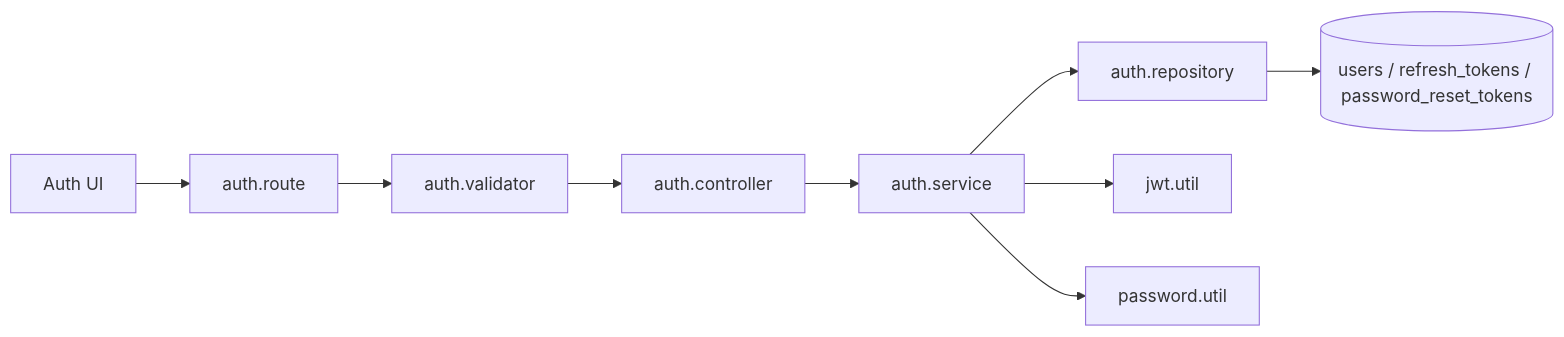
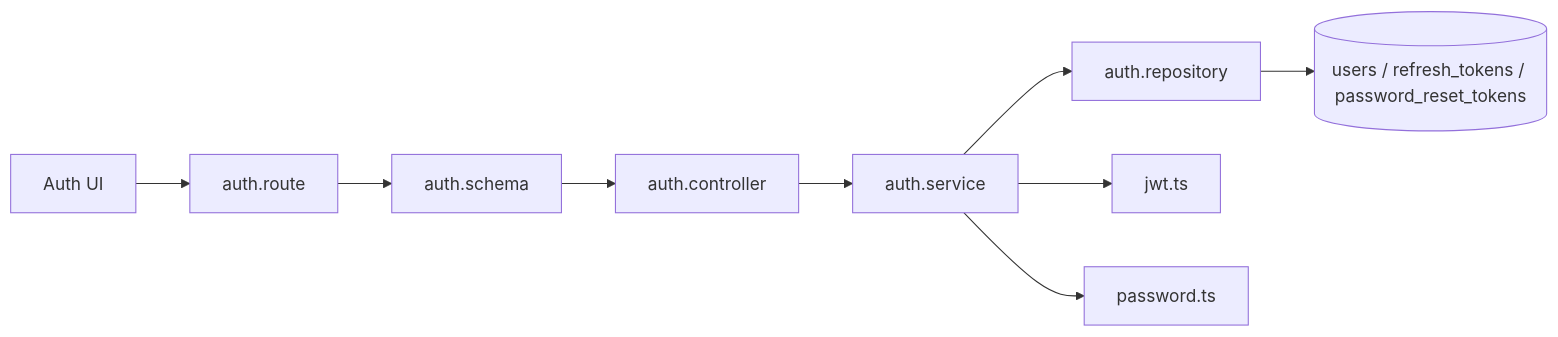
The first of 4 diagrams in docs/feature-flows.md (jack1e2401/fessior), drawn with Mermaid before and after one commit. The commit also changed other lines of this file and 55 other files, not shown here.

````diff
--- a/docs/feature-flows.md
+++ b/docs/feature-flows.md
@@ -9,11 +9,11 @@
 ```mermaid
 flowchart LR
   FE[Auth UI] --> API[auth.route]
-  API --> Validator[auth.validator]
+  API --> Validator[auth.schema]
   Validator --> Controller[auth.controller]
   Controller --> Service[auth.service]
   Service --> Repo[auth.repository]
   Repo --> MySQL[(users / refresh_tokens / password_reset_tokens)]
-  Service --> JWT[jwt.util]
-  Service --> Password[password.util]
+  Service --> JWT[jwt.ts]
+  Service --> Password[password.ts]
 ```
````
